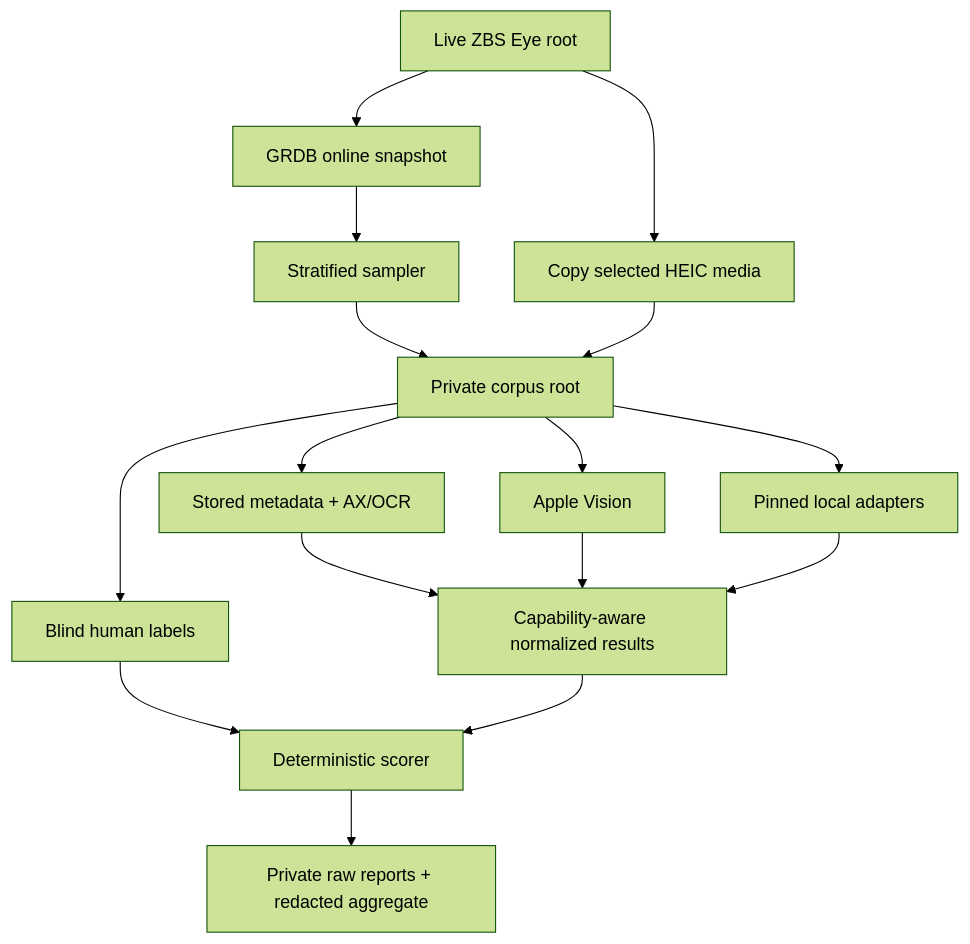
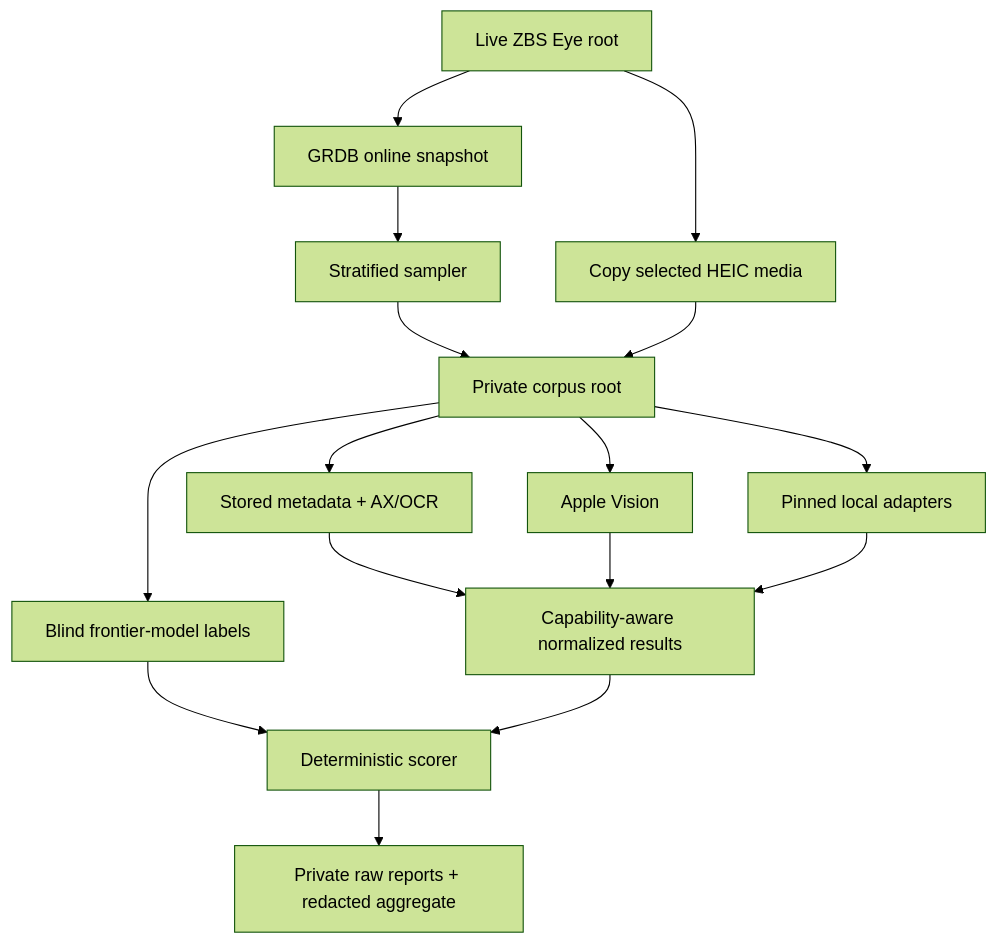
One commit to zbs-gg/eye changed the first of 3 diagrams in docs/plans/2026-07-13-001-feat-screen-understanding-eval-plan.md. Above: the diagram before and after it, drawn with Mermaid (forest theme). The commit also changed other lines of this file and 3 other files, not shown here.

````diff
--- a/docs/plans/2026-07-13-001-feat-screen-understanding-eval-plan.md
+++ b/docs/plans/2026-07-13-001-feat-screen-understanding-eval-plan.md
@@ -161,18 +161,18 @@
 ```mermaid
 flowchart TB
   Live["Live ZBS Eye root"] --> Snapshot["GRDB online snapshot"]
   Snapshot --> Sampler["Stratified sampler"]
   Live --> Media["Copy selected HEIC media"]
   Sampler --> Private["Private corpus root"]
   Media --> Private
-  Private --> Labels["Blind human labels"]
+  Private --> Labels["Blind frontier-model labels"]
   Private --> Baseline["Stored metadata + AX/OCR"]
   Private --> Vision["Apple Vision"]
   Private --> Adapters["Pinned local adapters"]
   Baseline --> Normalize["Capability-aware normalized results"]
   Vision --> Normalize
   Adapters --> Normalize
   Labels --> Score["Deterministic scorer"]
   Normalize --> Score
   Score --> Reports["Private raw reports + redacted aggregate"]
 ```
````
